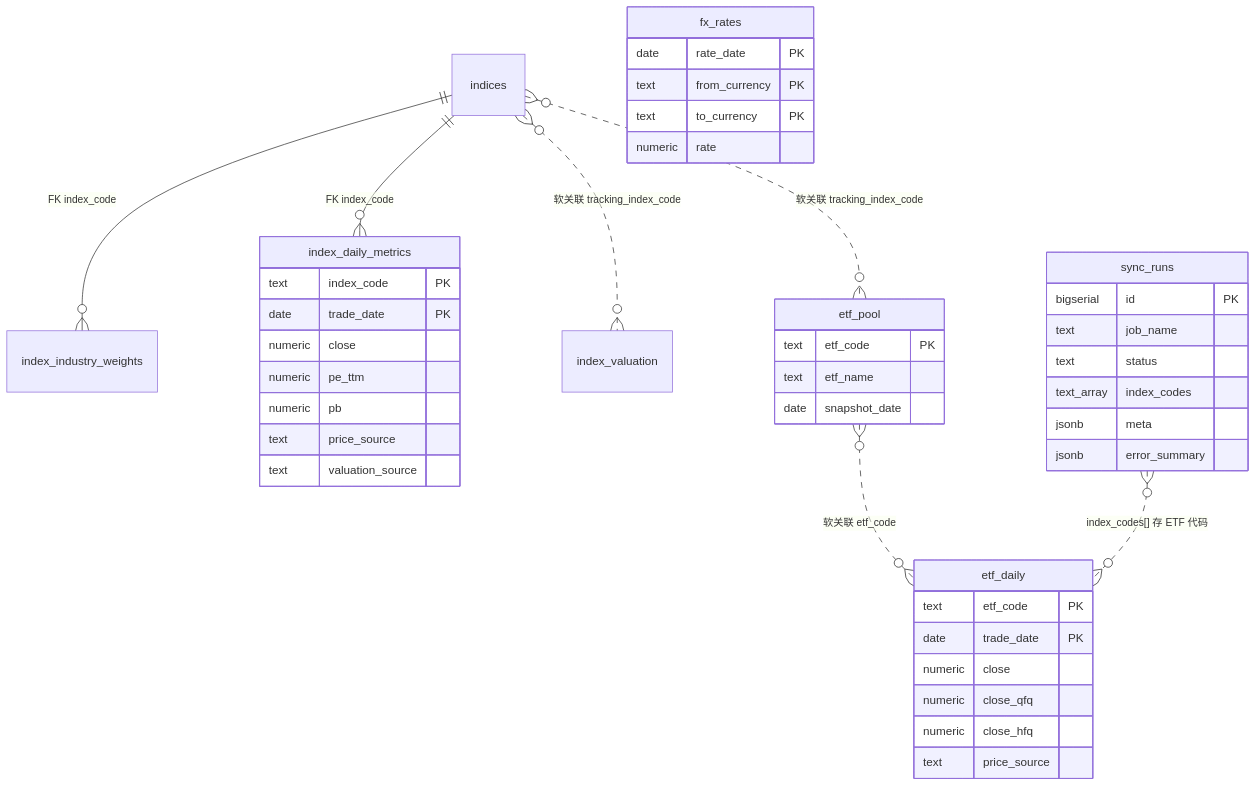
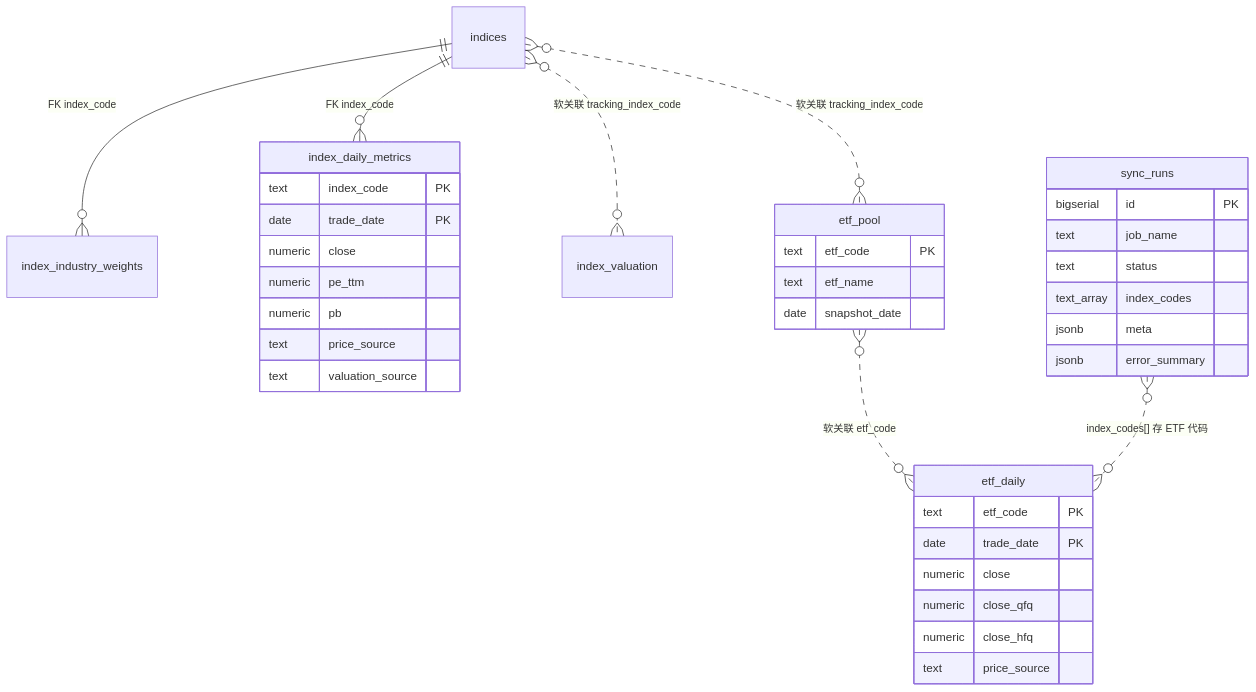
Before and after one commit to AbnerSunLabs/scheduled-tasks: the diagram in doc/supabase-schema.md, drawn with Mermaid. The commit also changed other lines of this file and 4 other files, not shown here.

First line of the commit message:
feat(index): 将 index_daily_metrics 收录进 schema 并同步文档

````diff
--- a/doc/supabase-schema.md
+++ b/doc/supabase-schema.md
@@ -127,51 +124,44 @@
 ```mermaid
 erDiagram
     indices ||--o{ index_industry_weights : "FK index_code"
     indices ||--o{ index_daily_metrics : "FK index_code"
     indices }o..o{ index_valuation : "软关联 tracking_index_code"
     indices }o..o{ etf_pool : "软关联 tracking_index_code"
     etf_pool }o..o{ etf_daily : "软关联 etf_code"
     sync_runs }o..o{ etf_daily : "index_codes[] 存 ETF 代码"
 
     sync_runs {
         bigserial id PK
         text job_name
         text status
         text_array index_codes
         jsonb meta
         jsonb error_summary
     }
 
     etf_pool {
         text etf_code PK
         text etf_name
         date snapshot_date
     }
 
     etf_daily {
         text etf_code PK
         date trade_date PK
         numeric close
         numeric close_qfq
         numeric close_hfq
         text price_source
     }
 
     index_daily_metrics {
         text index_code PK
         date trade_date PK
         numeric close
         numeric pe_ttm
         numeric pb
         text price_source
         text valuation_source
     }
 
-    fx_rates {
-        date rate_date PK
-        text from_currency PK
-        text to_currency PK
-        numeric rate
-    }
-
 ```
````
